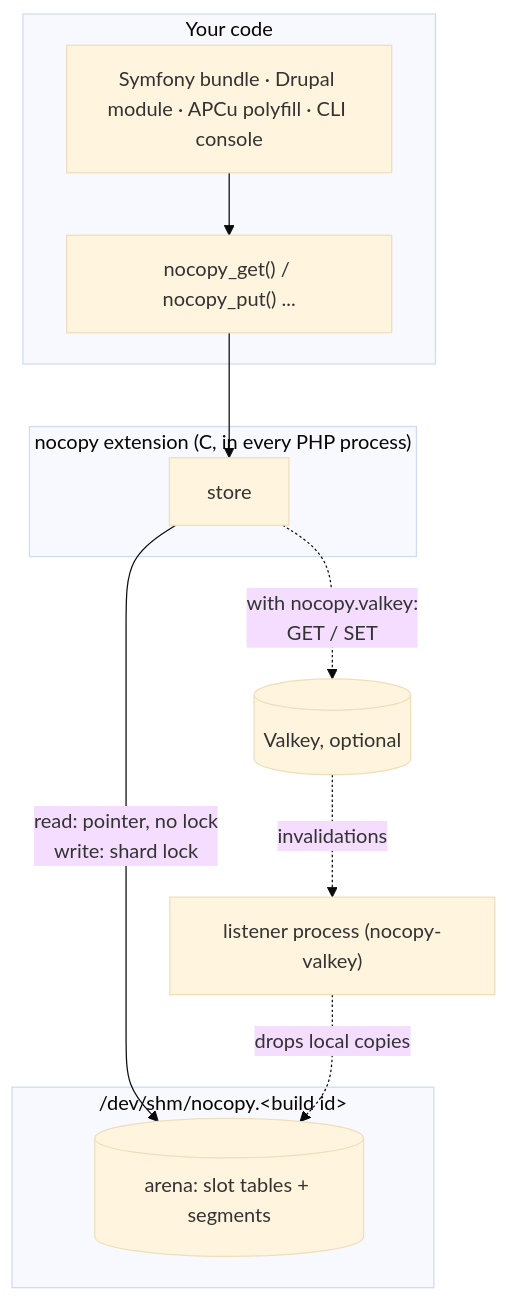
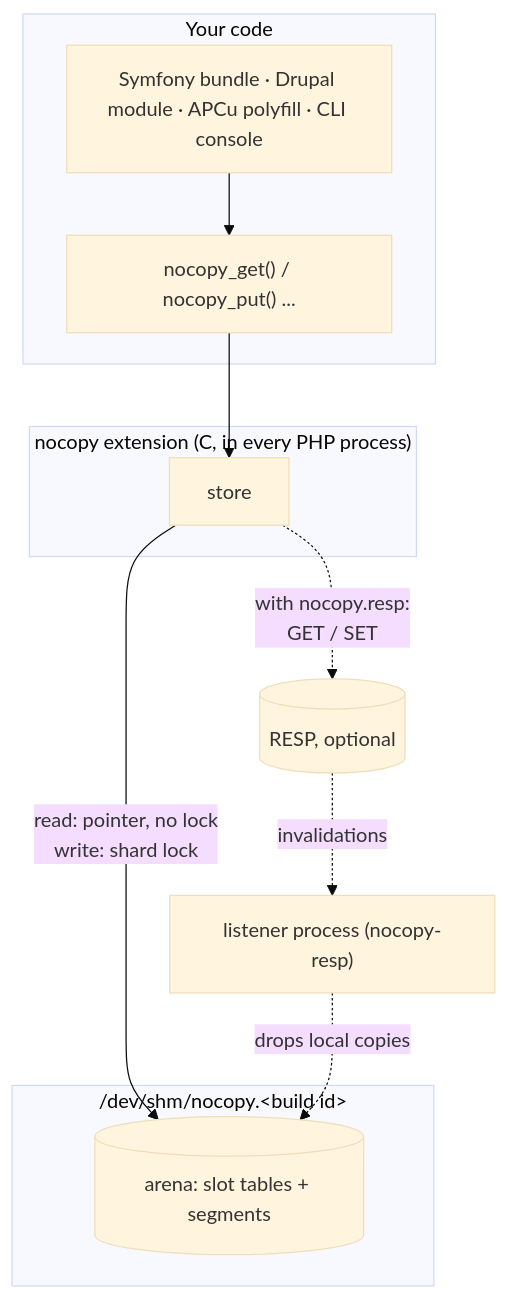
The diagram in docs/explanation/architecture.md (chrfritsch/nocopy), drawn with Mermaid (base theme) before and after one commit. The commit also changed other lines of this file and 90 other files, not shown here.

First line of the commit message:
Rename the Valkey integration to RESP

````diff
--- a/docs/explanation/architecture.md
+++ b/docs/explanation/architecture.md
@@ -9,21 +9,21 @@
 ```mermaid
 flowchart TB
     subgraph code["Your code"]
         APP["nocopy_get() / nocopy_put() ..."]
         INT["Symfony bundle · Drupal module · APCu polyfill · CLI console"]
     end
     subgraph ext["nocopy extension (C, in every PHP process)"]
         STORE[store]
     end
     subgraph shm["/dev/shm/nocopy.&lt;build id&gt;"]
         ARENA[(arena: slot tables + segments)]
     end
-    VK[(Valkey, optional)]
-    LIS["listener process (nocopy-valkey)"]
+    VK[(RESP, optional)]
+    LIS["listener process (nocopy-resp)"]
 
     INT --> APP --> STORE
     STORE -- "read: pointer, no lock<br/>write: shard lock" --> ARENA
-    STORE -. "with nocopy.valkey:<br/>GET / SET" .-> VK
+    STORE -. "with nocopy.resp:<br/>GET / SET" .-> VK
     VK -. "invalidations" .-> LIS
     LIS -. "drops local copies" .-> ARENA
 ```
````
